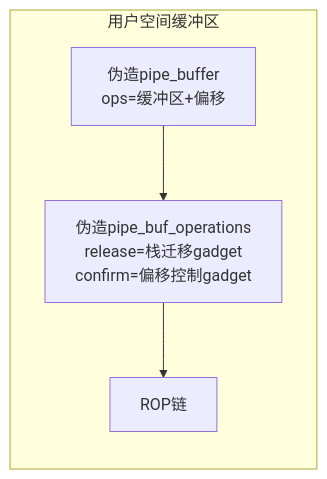
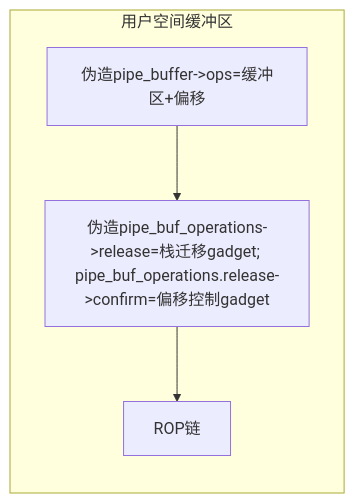
One commit to BinRacer/BinRacer.github.io changed diagram 17 of 38 in _posts/2026-05-23-KernelExploit-CVE-2021-22555.md. Above: the diagram before and after it, drawn with Mermaid. The commit also changed other lines of this file and 1 other file, not shown here.

````diff
--- a/_posts/2026-05-23-KernelExploit-CVE-2021-22555.md
+++ b/_posts/2026-05-23-KernelExploit-CVE-2021-22555.md
@@ -1157,10 +1157,10 @@
 ```mermaid
 flowchart LR
     subgraph 用户空间缓冲区
-        FAKE_PIPE[伪造pipe_buffer<br/>ops=缓冲区+偏移]
-        FAKE_OPS[伪造pipe_buf_operations<br/>release=栈迁移gadget<br/>confirm=偏移控制gadget]
+        FAKE_PIPE[伪造pipe_buffer->ops=缓冲区+偏移]
+        FAKE_OPS[伪造pipe_buf_operations->release=栈迁移gadget; pipe_buf_operations.release->confirm=偏移控制gadget]
         ROP[ROP链]
         FAKE_PIPE --> FAKE_OPS
         FAKE_OPS --> ROP
     end
 ```
````
